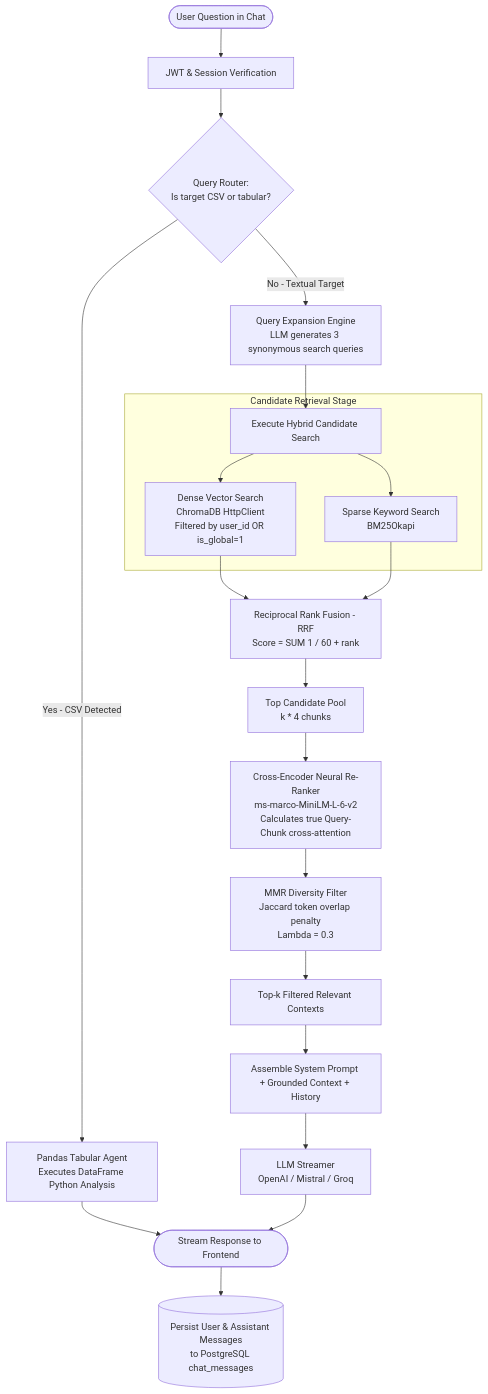
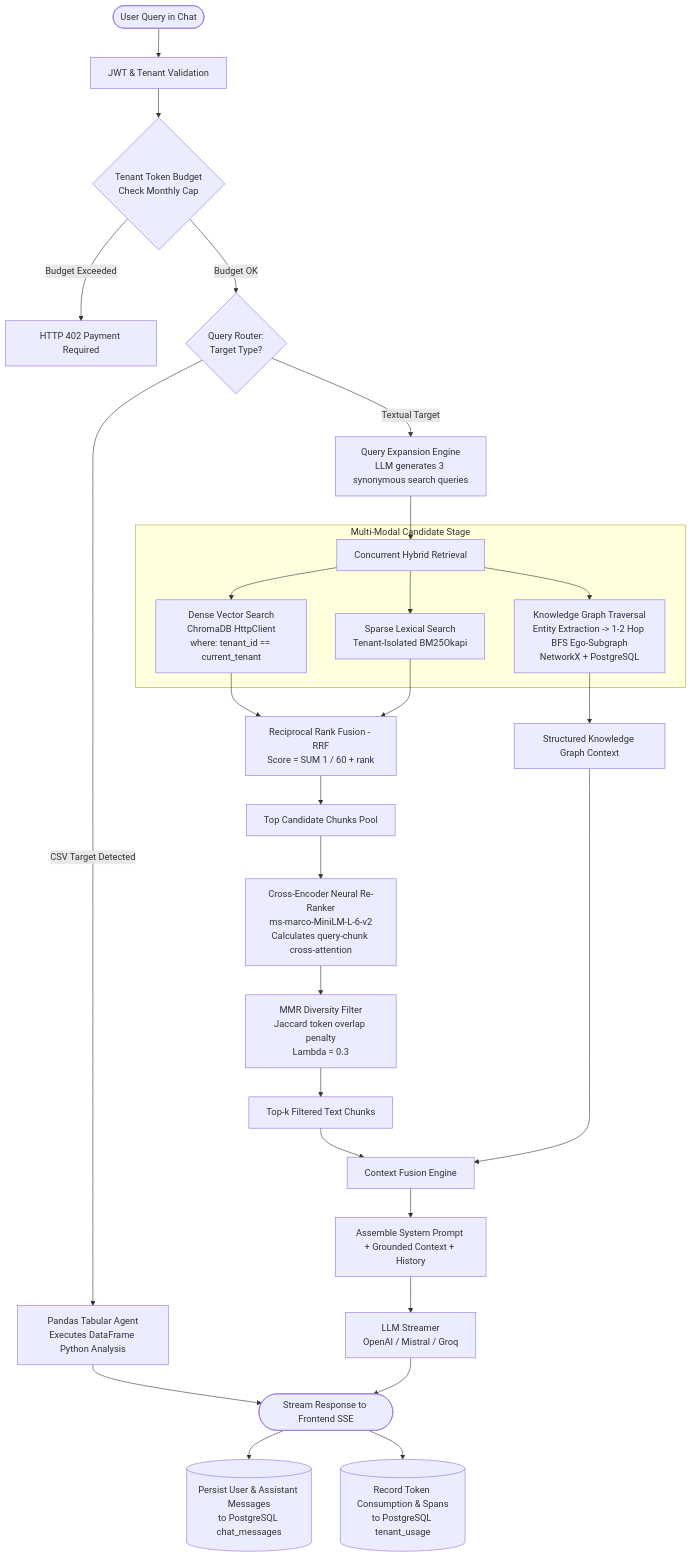
One commit to Hassan092-prog/enterprise-knowledge-bot changed the third of 3 diagrams in docs/ARCHITECTURE.md. Above: the diagram before and after it, drawn with Mermaid. The commit also changed other lines of this file and 8 other files, not shown here.

Commit message:
feat(graph): implement multi-tenant knowledge graph and hybrid graph RAG engine

````diff
--- a/docs/ARCHITECTURE.md
+++ b/docs/ARCHITECTURE.md
@@ -110,35 +125,43 @@
 ```mermaid
 flowchart TD
-    Start([User Question in Chat]) --> Auth[JWT & Session Verification]
-    Auth --> RouterCheck{Query Router:<br/>Is target CSV or tabular?}
+    Start([User Query in Chat]) --> Auth[JWT & Tenant Validation]
+    Auth --> BudgetCheck{Tenant Token Budget<br/>Check Monthly Cap}
+    BudgetCheck -->|Budget Exceeded| PaymentRequired[HTTP 402 Payment Required]
+    BudgetCheck -->|Budget OK| RouterCheck{Query Router:<br/>Target Type?}
     
-    RouterCheck -->|Yes - CSV Detected| PandasAgent[Pandas Tabular Agent<br/>Executes DataFrame Python Analysis]
-    PandasAgent --> StreamOutput([Stream Response to Frontend])
+    RouterCheck -->|CSV Target Detected| PandasAgent[Pandas Tabular Agent<br/>Executes DataFrame Python Analysis]
+    PandasAgent --> StreamOutput([Stream Response to Frontend SSE])
     
-    RouterCheck -->|No - Textual Target| QueryExp[Query Expansion Engine<br/>LLM generates 3 synonymous search queries]
+    RouterCheck -->|Textual Target| QueryExp[Query Expansion Engine<br/>LLM generates 3 synonymous search queries]
     
-    QueryExp --> HybridFork[Execute Hybrid Candidate Search]
+    QueryExp --> HybridFork[Concurrent Hybrid Retrieval]
     
-    subgraph CandidateRetrieval ["Candidate Retrieval Stage"]
-        HybridFork --> Dense[Dense Vector Search<br/>ChromaDB HttpClient<br/>Filtered by user_id OR is_global=1]
-        HybridFork --> Sparse[Sparse Keyword Search<br/>BM25Okapi]
+    subgraph MultiModalRetrieval ["Multi-Modal Candidate Stage"]
+        HybridFork --> Dense[Dense Vector Search<br/>ChromaDB HttpClient<br/>where: tenant_id == current_tenant]
+        HybridFork --> Sparse[Sparse Lexical Search<br/>Tenant-Isolated BM25Okapi]
+        HybridFork --> GraphTraversal[Knowledge Graph Traversal<br/>Entity Extraction -> 1-2 Hop BFS Ego-Subgraph<br/>NetworkX + PostgreSQL]
     end
     
     Dense --> RRF[Reciprocal Rank Fusion - RRF<br/>Score = SUM 1 / 60 + rank]
     Sparse --> RRF
     
-    RRF --> Candidates[Top Candidate Pool<br/>k * 4 chunks]
+    RRF --> Candidates[Top Candidate Chunks Pool]
     
-    Candidates --> CrossEncoder[Cross-Encoder Neural Re-Ranker<br/>ms-marco-MiniLM-L-6-v2<br/>Calculates true Query-Chunk cross-attention]
+    Candidates --> CrossEncoder[Cross-Encoder Neural Re-Ranker<br/>ms-marco-MiniLM-L-6-v2<br/>Calculates query-chunk cross-attention]
     
     CrossEncoder --> MMRFilter[MMR Diversity Filter<br/>Jaccard token overlap penalty<br/>Lambda = 0.3]
     
-    MMRFilter --> FinalContext[Top-k Filtered Relevant Contexts]
+    MMRFilter --> AssembledText[Top-k Filtered Text Chunks]
+    GraphTraversal --> AssembledGraph[Structured Knowledge Graph Context]
     
-    FinalContext --> PromptAssemble[Assemble System Prompt + Grounded Context + History]
+    AssembledText --> ContextFusion[Context Fusion Engine]
+    AssembledGraph --> ContextFusion
+    
+    ContextFusion --> PromptAssemble[Assemble System Prompt + Grounded Context + History]
     
     PromptAssemble --> LLMGeneration[LLM Streamer<br/>OpenAI / Mistral / Groq]
     
     LLMGeneration --> StreamOutput
-    StreamOutput --> SaveDB[(Persist User & Assistant Messages<br/>to PostgreSQL chat_messages)]
+    StreamOutput --> PersistSession[(Persist User & Assistant Messages<br/>to PostgreSQL chat_messages)]
+    StreamOutput --> RecordUsage[(Record Token Consumption & Spans<br/>to PostgreSQL tenant_usage)]
 ```
````
